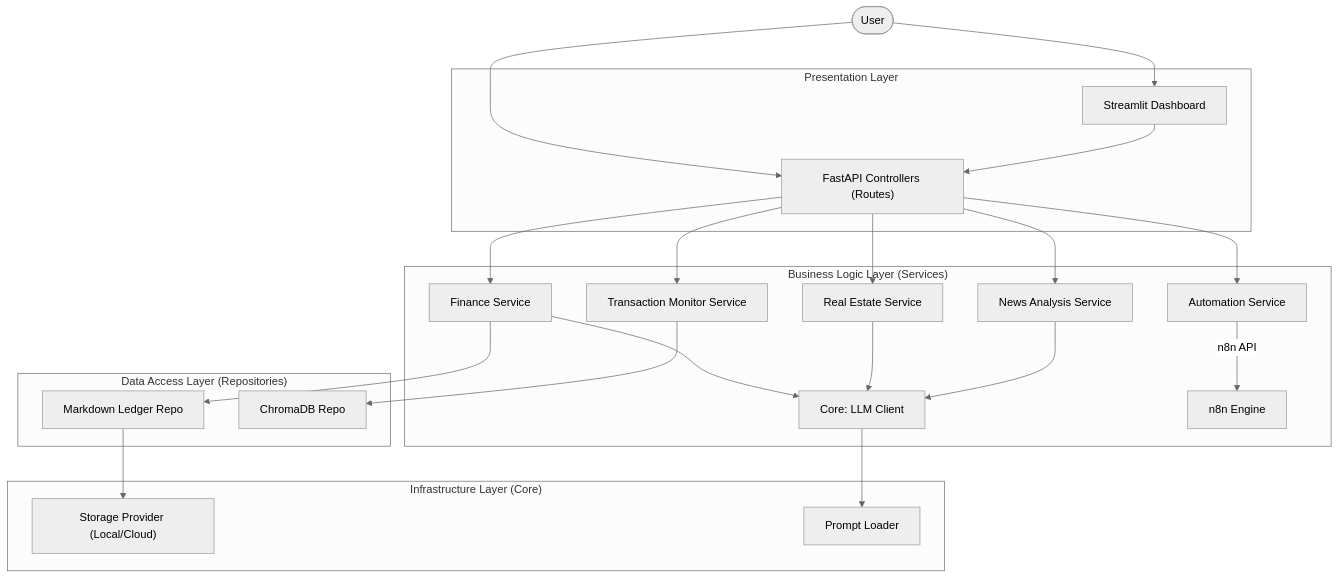
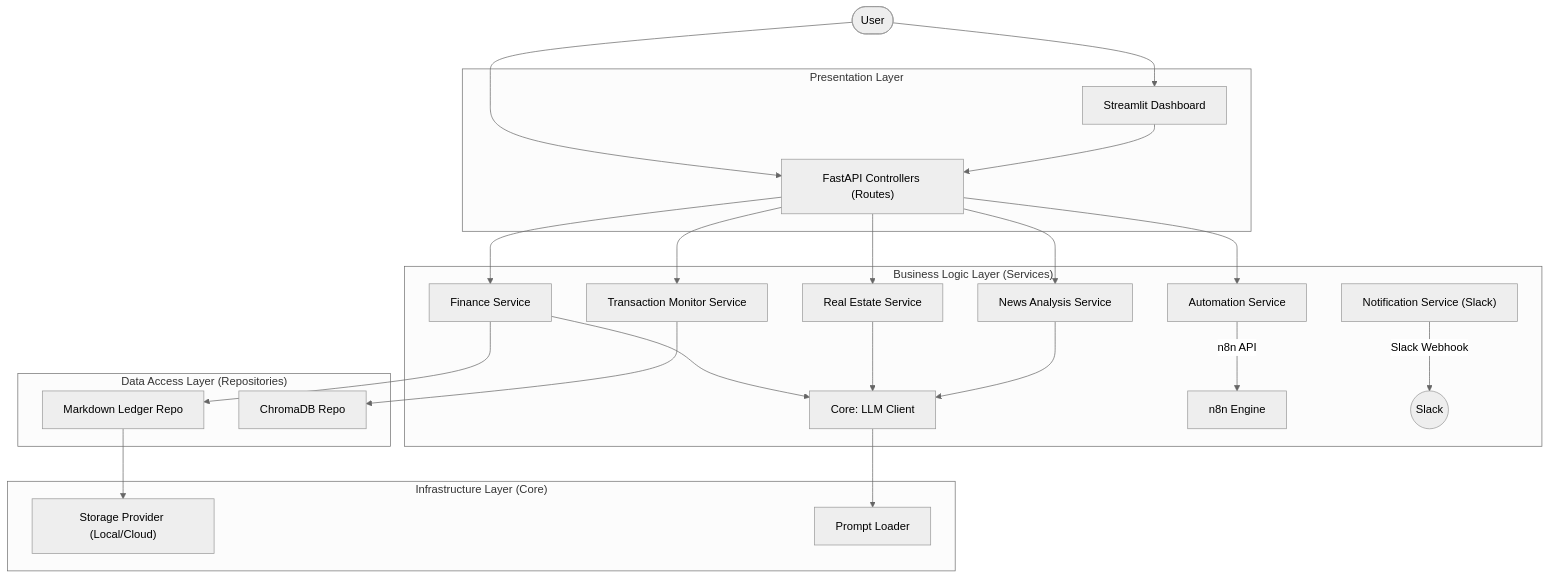
Before and after one commit to drather/Consigliere: the diagram in docs/system_snapshot/sw_architecture.md, drawn with Mermaid (neutral theme). The commit also changed other lines of this file and 4 other files, not shown here.

````diff
--- a/docs/system_snapshot/sw_architecture.md
+++ b/docs/system_snapshot/sw_architecture.md
@@ -11,47 +11,49 @@
 ```mermaid
 graph TD
     User([User])
     
     subgraph Presentation["Presentation Layer"]
         Streamlit["Streamlit Dashboard"]
         FastAPI["FastAPI Controllers (Routes)"]
     end
     
     subgraph Business["Business Logic Layer (Services)"]
         FinanceAgent["Finance Service"]
         RealEstateAgent["Real Estate Service"]
         MonitorService["Transaction Monitor Service"]
         NewsService["News Analysis Service"]
         AutomationService["Automation Service"]
+        NotificationService["Notification Service (Slack)"]
         
         FinanceAgent --> LLM["Core: LLM Client"]
         RealEstateAgent --> LLM
         NewsService --> LLM
         AutomationService -- "n8n API" --> N8N["n8n Engine"]
+        NotificationService -- "Slack Webhook" --> Slack((Slack))
     end
     
     subgraph DataAccess["Data Access Layer (Repositories)"]
         MarkdownRepo["Markdown Ledger Repo"]
         ChromaRepo["ChromaDB Repo"]
         
         FinanceAgent --> MarkdownRepo
         MonitorService --> ChromaRepo
     end
     
     subgraph Infrastructure["Infrastructure Layer (Core)"]
         Storage["Storage Provider (Local/Cloud)"]
         PromptLoader["Prompt Loader"]
         
         MarkdownRepo --> Storage
         LLM --> PromptLoader
     end
     
     User --> Streamlit
     User --> FastAPI
     Streamlit --> FastAPI
     FastAPI --> FinanceAgent
     FastAPI --> RealEstateAgent
     FastAPI --> MonitorService
     FastAPI --> NewsService
     FastAPI --> AutomationService
 ```
````
